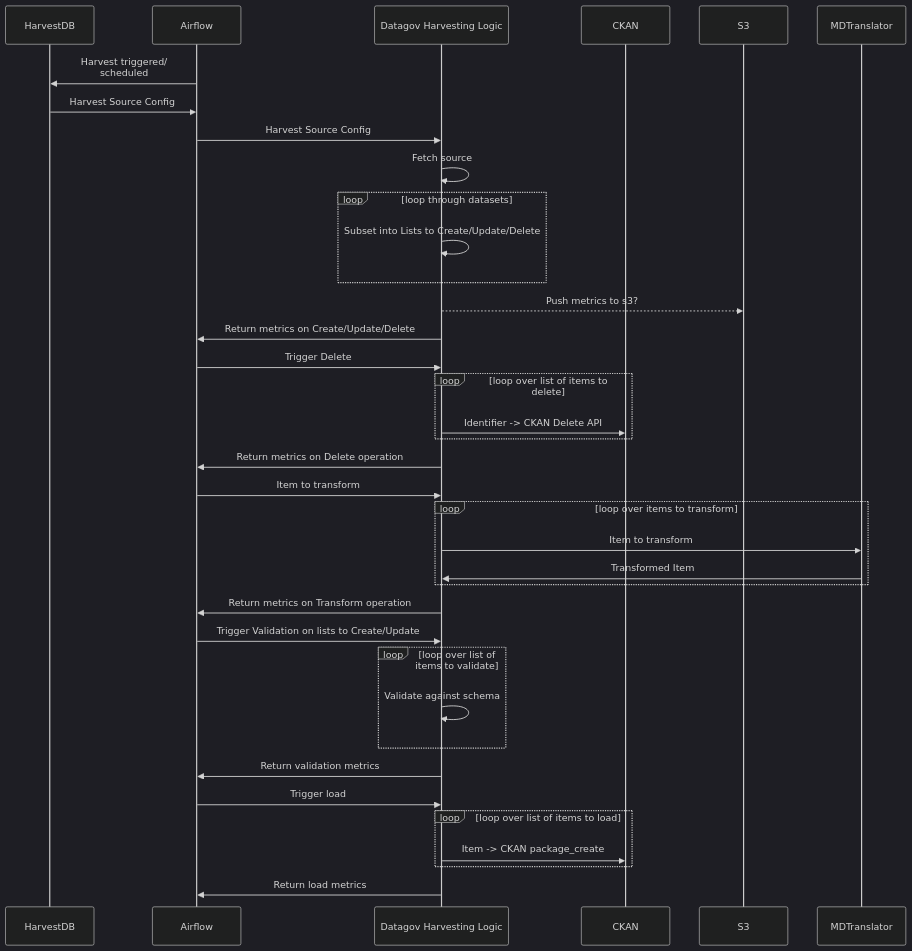
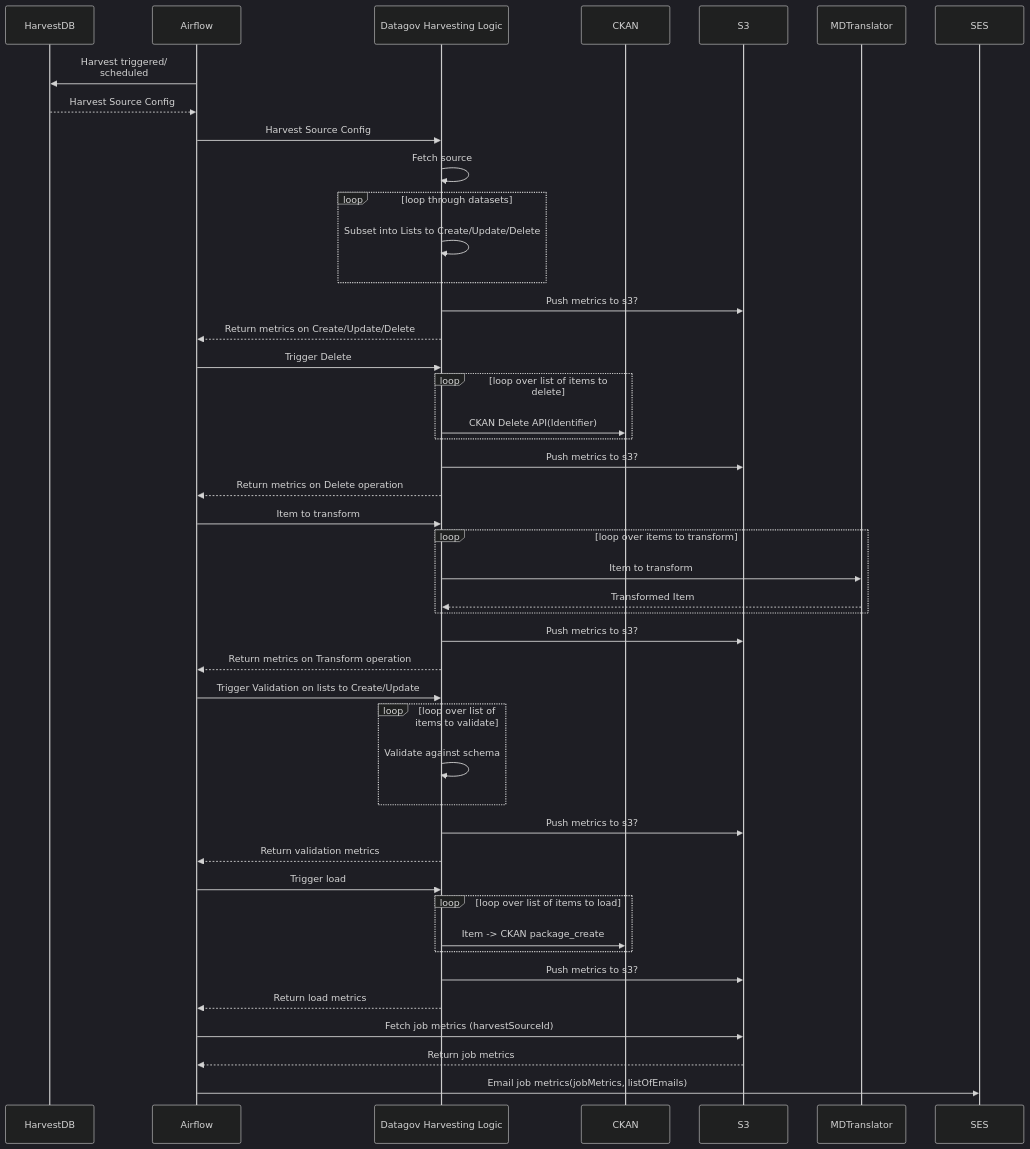
Before and after one commit to GSA/datagov-harvester: the diagram in docs/diagrams/mermaid/src/etl_pipeline.md, drawn with Mermaid (dark theme). The commit also changed 1 other file, not shown here.

Commit message:
update line types; add report email step to end

````diff
--- a/docs/diagrams/mermaid/src/etl_pipeline.md
+++ b/docs/diagrams/mermaid/src/etl_pipeline.md
@@ -1,43 +1,51 @@
 ```mermaid
 sequenceDiagram
     participant HDB as HarvestDB
     participant Airflow
     participant DHL as Datagov Harvesting Logic
     participant CKAN
     participant S3
     participant MD as MDTranslator
+    participant SES
     Airflow->>HDB: Harvest triggered/<br>scheduled
-    HDB->>Airflow: Harvest Source Config
+    HDB-->>Airflow: Harvest Source Config
     Airflow->>DHL: Harvest Source Config
     DHL->>DHL: Fetch source
     loop loop through datasets
         DHL->>DHL: Subset into Lists to Create/Update/Delete
     end
-    DHL-->>S3: Push metrics to s3?
-    DHL->>Airflow: Return metrics on Create/Update/Delete
+    DHL->>S3: Push metrics to s3?
+    DHL-->>Airflow: Return metrics on Create/Update/Delete
     Airflow->>DHL: Trigger Delete
     loop loop over list of items to delete
-        DHL->>CKAN: Identifier -> CKAN Delete API
+        DHL->>CKAN: CKAN Delete API(Identifier)
     end
-    DHL->>Airflow: Return metrics on Delete operation
+    DHL->>S3: Push metrics to s3?
+    DHL-->>Airflow: Return metrics on Delete operation
 
     Airflow->>DHL: Item to transform
     loop loop over items to transform
         DHL->>MD: Item to transform
-        MD->>DHL: Transformed Item
+        MD-->>DHL: Transformed Item
     end
-    DHL->>Airflow: Return metrics on Transform operation
+    DHL->>S3: Push metrics to s3?    
+    DHL-->>Airflow: Return metrics on Transform operation
 
     Airflow->>DHL: Trigger Validation on lists to Create/Update
     loop loop over list of items to validate
         DHL->>DHL: Validate against schema
     end
-    DHL->>Airflow: Return validation metrics
+    DHL->>S3: Push metrics to s3?    
+    DHL-->>Airflow: Return validation metrics
     Airflow->>DHL: Trigger load
     
     loop loop over list of items to load
         DHL->>CKAN: Item -> CKAN package_create
     end
-    DHL->>Airflow: Return load metrics
+    DHL->>S3: Push metrics to s3?    
+    DHL-->>Airflow: Return load metrics
+    Airflow->>S3: Fetch job metrics (harvestSourceId)
+    S3-->>Airflow: Return job metrics
+    Airflow->>SES: Email job metrics(jobMetrics, listOfEmails)
     
 ```
````
